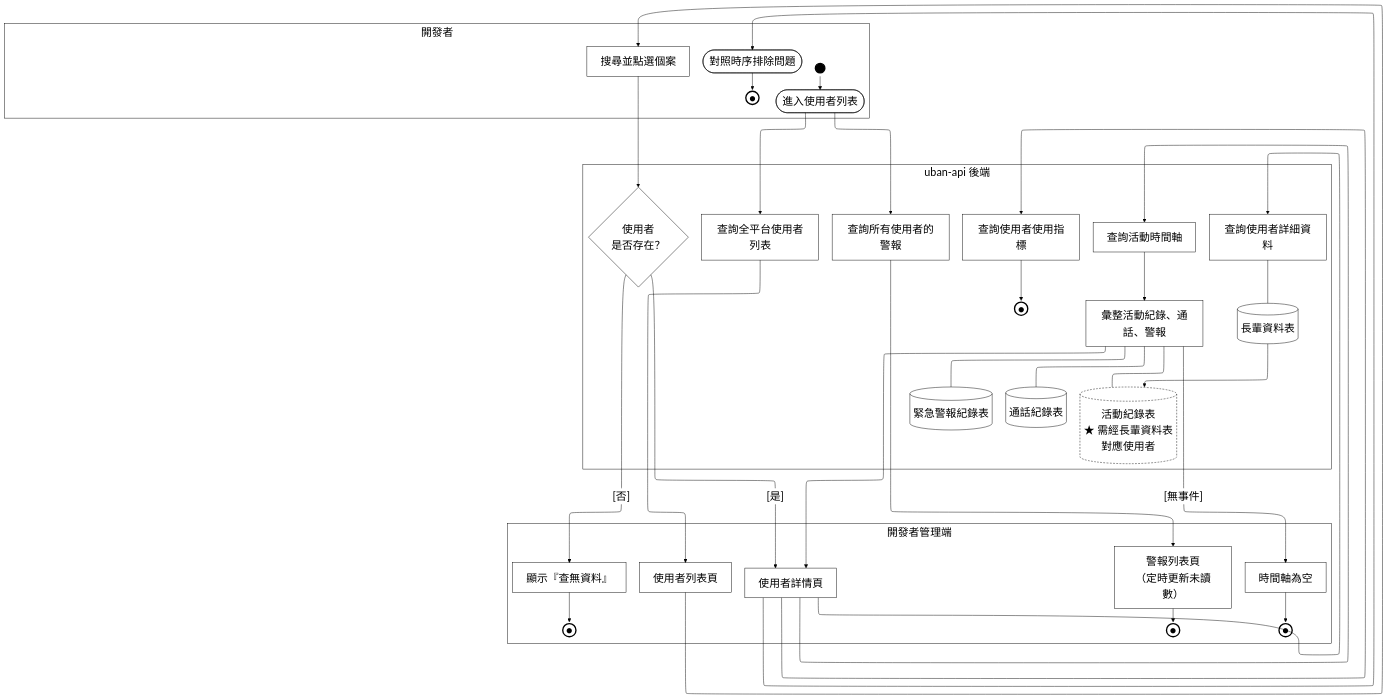
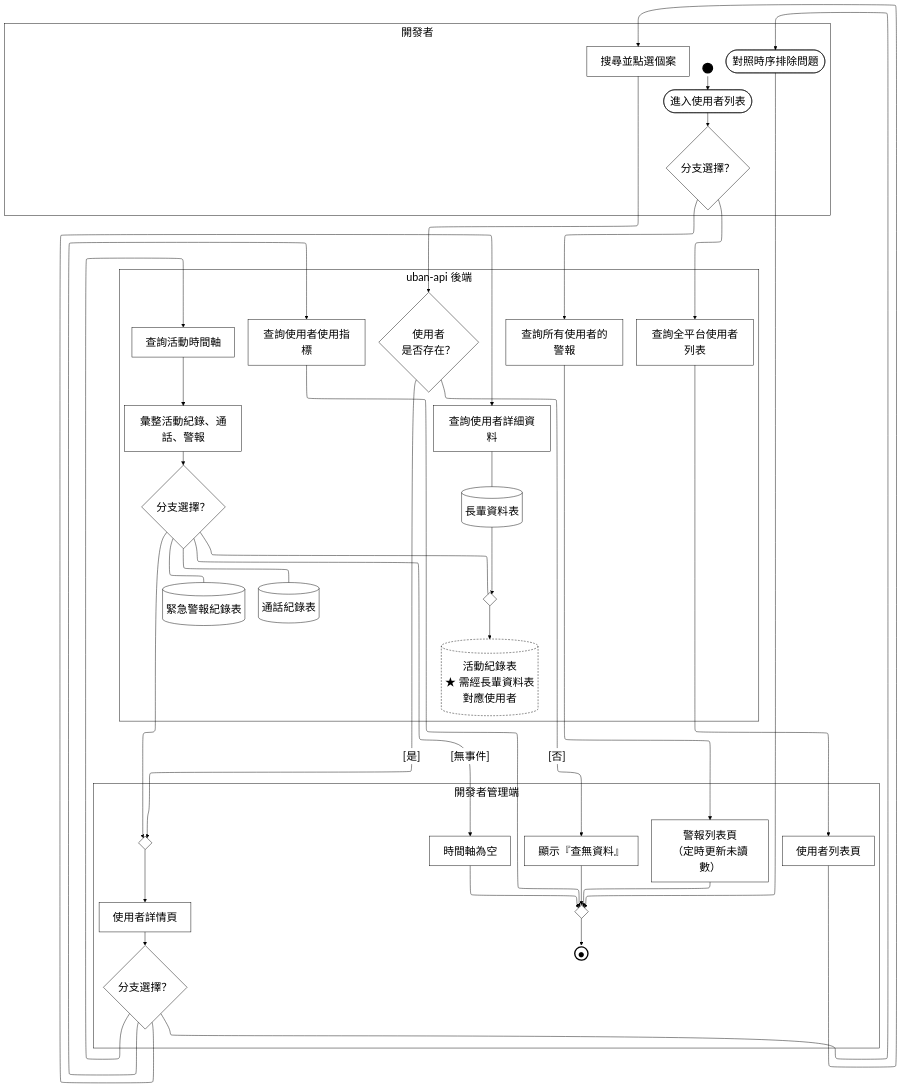
The diagram in Uban System Documents/mermaid原始碼/A26-使用者除錯.mmd (HuangYu-Kai/Uban), drawn with Mermaid before and after one commit. The commit also changed 226 other files, not shown here.

Commit message:
Complete system manual with updated diagrams, formatting, and natural language

```diff
--- a/Uban System Documents/mermaid原始碼/A26-使用者除錯.mmd
+++ b/Uban System Documents/mermaid原始碼/A26-使用者除錯.mmd
@@ -1,71 +1,78 @@
 %%{init:{"layout":"elk","elk":{"mergeEdges":false,"nodePlacementStrategy":"NETWORK_SIMPLEX"},"flowchart":{"htmlLabels":true},"themeVariables":{"clusterBkg":"#FFFFFF","clusterBorder":"#000000","edgeLabelBackground":"#FFFFFF","textColor":"#000000","nodeTextColor":"#000000","titleColor":"#000000","lineColor":"#000000","fontSize":"24px"}}}%%
 flowchart TD
+  %% 鎖住泳道順序：ELK 不照宣告順序排，沒有這條鏈後端會跑到最上面
   subgraph ROLE["開發者"]
     PAD_ROLE["&nbsp;&nbsp;&nbsp;&nbsp;&nbsp;&nbsp;&nbsp;&nbsp;&nbsp;&nbsp;&nbsp;&nbsp;&nbsp;&nbsp;&nbsp;&nbsp;&nbsp;&nbsp;&nbsp;&nbsp;&nbsp;&nbsp;&nbsp;&nbsp;&nbsp;&nbsp;&nbsp;&nbsp;&nbsp;&nbsp;&nbsp;&nbsp;&nbsp;&nbsp;&nbsp;&nbsp;&nbsp;&nbsp;&nbsp;&nbsp;&nbsp;&nbsp;&nbsp;&nbsp;&nbsp;&nbsp;&nbsp;&nbsp;&nbsp;&nbsp;&nbsp;&nbsp;&nbsp;&nbsp;&nbsp;&nbsp;&nbsp;&nbsp;&nbsp;&nbsp;&nbsp;&nbsp;&nbsp;&nbsp;&nbsp;&nbsp;&nbsp;&nbsp;&nbsp;&nbsp;&nbsp;&nbsp;&nbsp;&nbsp;&nbsp;&nbsp;&nbsp;&nbsp;&nbsp;&nbsp;&nbsp;&nbsp;&nbsp;&nbsp;&nbsp;&nbsp;&nbsp;&nbsp;&nbsp;&nbsp;&nbsp;&nbsp;&nbsp;&nbsp;&nbsp;&nbsp;&nbsp;&nbsp;&nbsp;&nbsp;&nbsp;&nbsp;&nbsp;&nbsp;&nbsp;&nbsp;&nbsp;&nbsp;&nbsp;&nbsp;&nbsp;&nbsp;&nbsp;&nbsp;&nbsp;&nbsp;&nbsp;&nbsp;&nbsp;&nbsp;&nbsp;&nbsp;&nbsp;&nbsp;&nbsp;&nbsp;&nbsp;&nbsp;&nbsp;&nbsp;&nbsp;&nbsp;&nbsp;&nbsp;&nbsp;&nbsp;&nbsp;&nbsp;&nbsp;&nbsp;&nbsp;&nbsp;&nbsp;&nbsp;&nbsp;&nbsp;&nbsp;&nbsp;&nbsp;&nbsp;&nbsp;&nbsp;&nbsp;&nbsp;&nbsp;&nbsp;&nbsp;&nbsp;&nbsp;&nbsp;&nbsp;&nbsp;&nbsp;&nbsp;&nbsp;&nbsp;&nbsp;&nbsp;&nbsp;&nbsp;&nbsp;&nbsp;&nbsp;&nbsp;&nbsp;&nbsp;&nbsp;&nbsp;&nbsp;&nbsp;&nbsp;&nbsp;&nbsp;&nbsp;&nbsp;&nbsp;&nbsp;&nbsp;&nbsp;&nbsp;&nbsp;&nbsp;&nbsp;&nbsp;"]:::pad
     ST_S1(("&nbsp;")):::term
     S1([進入使用者列表]):::act
     S2["搜尋並點選個案"]:::act
     S3(["對照時序排除問題"]):::act
-    EN_S3(("●")):::endterm
+    D_S1{"分支選擇？"}:::dec
   end
   subgraph FE["開發者管理端"]
     PAD_FE["&nbsp;&nbsp;&nbsp;&nbsp;&nbsp;&nbsp;&nbsp;&nbsp;&nbsp;&nbsp;&nbsp;&nbsp;&nbsp;&nbsp;&nbsp;&nbsp;&nbsp;&nbsp;&nbsp;&nbsp;&nbsp;&nbsp;&nbsp;&nbsp;&nbsp;&nbsp;&nbsp;&nbsp;&nbsp;&nbsp;&nbsp;&nbsp;&nbsp;&nbsp;&nbsp;&nbsp;&nbsp;&nbsp;&nbsp;&nbsp;&nbsp;&nbsp;&nbsp;&nbsp;&nbsp;&nbsp;&nbsp;&nbsp;&nbsp;&nbsp;&nbsp;&nbsp;&nbsp;&nbsp;&nbsp;&nbsp;&nbsp;&nbsp;&nbsp;&nbsp;&nbsp;&nbsp;&nbsp;&nbsp;&nbsp;&nbsp;&nbsp;&nbsp;&nbsp;&nbsp;&nbsp;&nbsp;&nbsp;&nbsp;&nbsp;&nbsp;&nbsp;&nbsp;&nbsp;&nbsp;&nbsp;"]:::pad
     A1["使用者列表頁"]:::act
     A2["使用者詳情頁"]:::act
     A3["警報列表頁<br/>（定時更新未讀數）"]:::act
-    EN_A3(("●")):::endterm
     A4["顯示『查無資料』"]:::act
-    EN_A4(("●")):::endterm
     A5["時間軸為空"]:::act
-    EN_A5(("●")):::endterm
+    D_A2{"分支選擇？"}:::dec
+    M_A2{" "}:::dec
+    M_END{" "}:::dec
+    EN_ALL(("●")):::endterm
   end
   subgraph BE["uban-api 後端"]
     B1["查詢全平台使用者列表"]:::act
     B2{"使用者<br/>是否存在？"}:::dec
     B3["查詢使用者詳細資料"]:::act
     B4["查詢使用者使用指標"]:::act
-    EN_B4(("●")):::endterm
     B5["查詢活動時間軸"]:::act
     B6["查詢所有使用者的警報"]:::act
     B7["彙整活動紀錄、通話、警報"]:::act
     D1[("長輩資料表")]:::act
     D2[("活動紀錄表<br/>★ 需經長輩資料表對應使用者")]:::gap
     D3[("通話紀錄表")]:::act
     D4[("緊急警報紀錄表")]:::act
+    D_B7{"分支選擇？"}:::dec
+    M_D2{" "}:::dec
   end
 
   ST_S1 --> S1
-  S1 --> B1
+  D_S1 --> B1
   B1 --> A1
   A1 --> S2
   S2 --> B2
   B2 -->|"[否]"| A4
-  B2 -->|"[是]"| A2
-  A2 --> B3
+  B2 -->|"[是]"| M_A2
+  D_A2 --> B3
   B3 --- D1
-  A2 --> B4
-  A2 --> B5
+  D_A2 --> B4
+  D_A2 --> B5
   B5 --> B7
-  D1 --> D2
-  B7 --- D2
-  B7 --- D3
-  B7 --- D4
-  B7 --> A2
-  A2 --> S3
-  B7 -->|"[無事件]"| A5
-  S1 --> B6
+  D1 --> M_D2
+  D_B7 --- M_D2
+  D_B7 --- D3
+  D_B7 --- D4
+  D_B7 --> M_A2
+  D_A2 --> S3
+  D_B7 -->|"[無事件]"| A5
+  D_S1 --> B6
   B6 --> A3
-  S3 --> EN_S3
-  A3 --> EN_A3
-  A4 --> EN_A4
-  A5 --> EN_A5
-  B4 --> EN_B4
-  %% 鎖住泳道順序：ELK 不照宣告順序排，沒有這條鏈後端會跑到最上面
+  S3 --> M_END
+  A3 --> M_END
+  A4 --> M_END
+  A5 --> M_END
+  B4 --> M_END
+  S1 --> D_S1
+  A2 --> D_A2
+  B7 --> D_B7
+  M_A2 --> A2
+  M_D2 --> D2
+  M_END --> EN_ALL
   ROLE ~~~ FE ~~~ BE
-
   classDef pad  fill:none,stroke:none,color:#FFFFFF
   classDef act  fill:#FFFFFF,stroke:#000000,stroke-width:1px,color:#000000
   classDef dec  fill:#FFFFFF,stroke:#000000,stroke-width:1px,color:#000000
   classDef term fill:#000000,stroke:#000000,stroke-width:3px,color:#000000
   classDef endterm fill:#FFFFFF,stroke:#000000,stroke-width:3px,color:#000000
   classDef gap  fill:#FFFFFF,stroke:#000000,stroke-width:1px,color:#000000,stroke-dasharray:4 3
```
